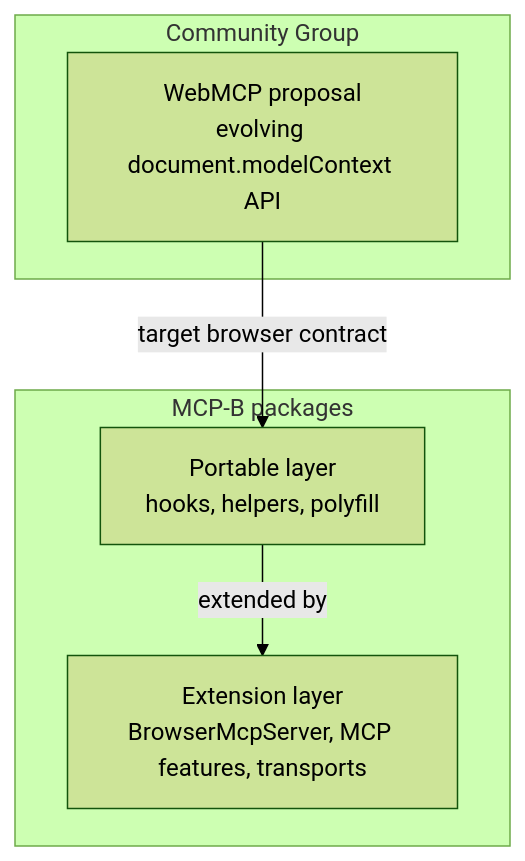
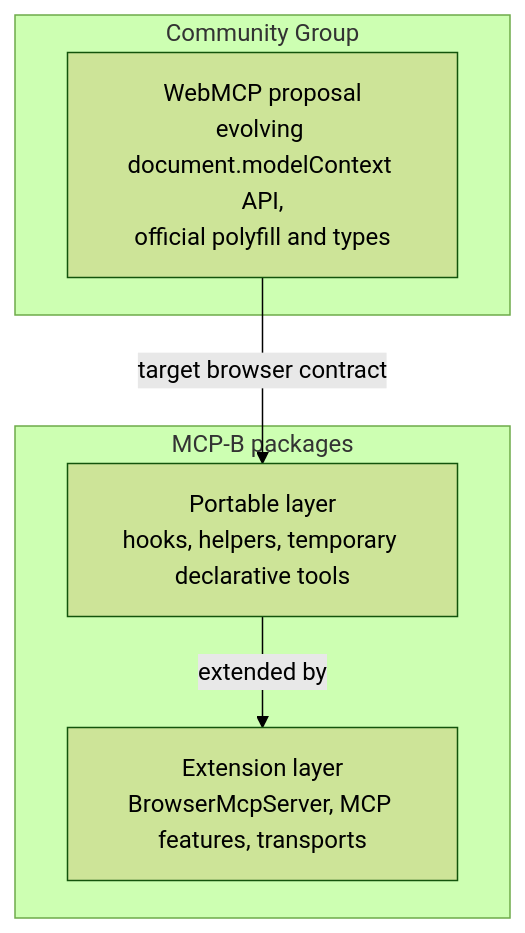
Before and after one commit to WebMCP-org/npm-packages: the first of 2 diagrams in apps/documentation-website/explanation/strict-core-vs-mcp-b-extensions.mdx, drawn with Mermaid (forest theme). The commit also changed other lines of this file and 43 other files, not shown here.

First line of the commit message:
docs(docs): point to the official WebMCP packages and Chrome's current docs

````diff
--- a/apps/documentation-website/explanation/strict-core-vs-mcp-b-extensions.mdx
+++ b/apps/documentation-website/explanation/strict-core-vs-mcp-b-extensions.mdx
@@ -20,14 +21,14 @@
 ```mermaid
 flowchart TB
   subgraph Upstream["Community Group"]
-    Proposal["WebMCP proposal<br/>evolving document.modelContext API"]
+    Proposal["WebMCP proposal<br/>evolving document.modelContext API,<br/>official polyfill and types"]
   end
 
   subgraph Project["MCP-B packages"]
-    Portable["Portable layer<br/>hooks, helpers, polyfill"]
+    Portable["Portable layer<br/>hooks, helpers, temporary declarative tools"]
     Extensions["Extension layer<br/>BrowserMcpServer, MCP features, transports"]
     Portable -->|"extended by"| Extensions
   end
 
   Proposal -->|"target browser contract"| Portable
 ```
````
